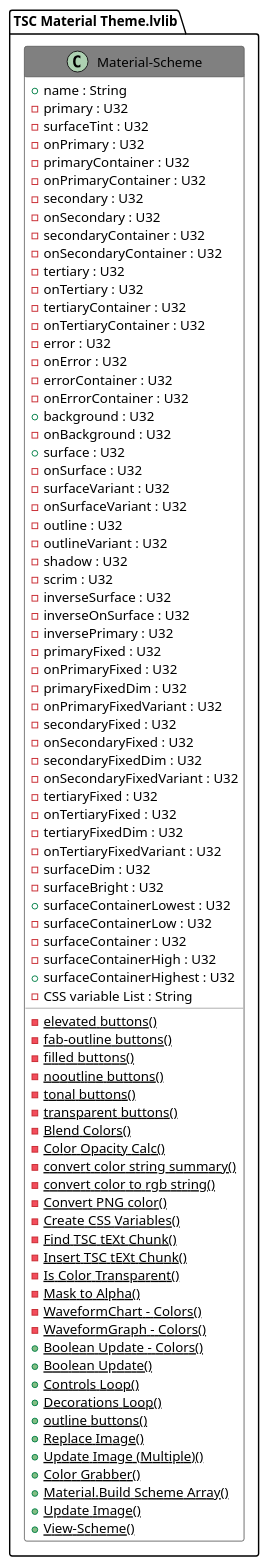
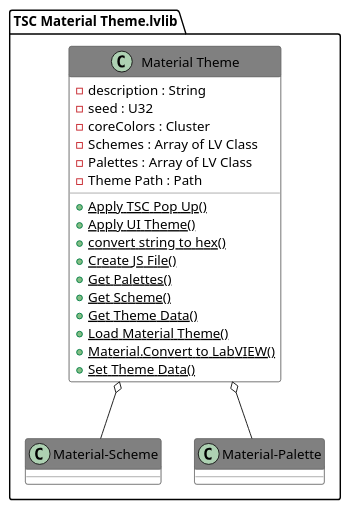
The diagram in _documentation/Includes/006.adoc (danielcoons/tsc-material-theme), drawn with PlantUML before and after one commit. The commit also changed other lines of this file and 90 other files, not shown here.

```diff
--- a/_documentation/Includes/006.adoc
+++ b/_documentation/Includes/006.adoc
@@ -17,90 +17,28 @@
 skinparam ClassHeaderBackgroundColor #808080
 
 skinparam top to bottom direction
-class "TSC Material Theme.lvlib:Material-Scheme" {
-{field} +name : String
-{field} -primary : U32
-{field} -surfaceTint : U32
-{field} -onPrimary : U32
-{field} -primaryContainer : U32
-{field} -onPrimaryContainer : U32
-{field} -secondary : U32
-{field} -onSecondary : U32
-{field} -secondaryContainer : U32
-{field} -onSecondaryContainer : U32
-{field} -tertiary : U32
-{field} -onTertiary : U32
-{field} -tertiaryContainer : U32
-{field} -onTertiaryContainer : U32
-{field} -error : U32
-{field} -onError : U32
-{field} -errorContainer : U32
-{field} -onErrorContainer : U32
-{field} +background : U32
-{field} -onBackground : U32
-{field} +surface : U32
-{field} -onSurface : U32
-{field} -surfaceVariant : U32
-{field} -onSurfaceVariant : U32
-{field} -outline : U32
-{field} -outlineVariant : U32
-{field} -shadow : U32
-{field} -scrim : U32
-{field} -inverseSurface : U32
-{field} -inverseOnSurface : U32
-{field} -inversePrimary : U32
-{field} -primaryFixed : U32
-{field} -onPrimaryFixed : U32
-{field} -primaryFixedDim : U32
-{field} -onPrimaryFixedVariant : U32
-{field} -secondaryFixed : U32
-{field} -onSecondaryFixed : U32
-{field} -secondaryFixedDim : U32
-{field} -onSecondaryFixedVariant : U32
-{field} -tertiaryFixed : U32
-{field} -onTertiaryFixed : U32
-{field} -tertiaryFixedDim : U32
-{field} -onTertiaryFixedVariant : U32
-{field} -surfaceDim : U32
-{field} -surfaceBright : U32
-{field} +surfaceContainerLowest : U32
-{field} -surfaceContainerLow : U32
-{field} -surfaceContainer : U32
-{field} -surfaceContainerHigh : U32
-{field} +surfaceContainerHighest : U32
-{field} -CSS variable List : String
-{static} {method} -elevated buttons()
-{static} {method} -fab-outline buttons()
-{static} {method} -filled buttons()
-{static} {method} -nooutline buttons()
-{static} {method} -tonal buttons()
-{static} {method} -transparent buttons()
-{static} {method} -Blend Colors()
-{static} {method} -Color Opacity Calc()
-{static} {method} -convert color string summary()
-{static} {method} -convert color to rgb string()
-{static} {method} -Convert PNG color()
-{static} {method} -Create CSS Variables()
-{static} {method} -Find TSC tEXt Chunk()
-{static} {method} -Insert TSC tEXt Chunk()
-{static} {method} -Is Color Transparent()
-{static} {method} -Mask to Alpha()
-{static} {method} -WaveformChart - Colors()
-{static} {method} -WaveformGraph - Colors()
-{static} {method} +Boolean Update - Colors()
-{static} {method} +Boolean Update()
-{static} {method} +Controls Loop()
-{static} {method} +Decorations Loop()
-{static} {method} +outline buttons()
-{static} {method} +Replace Image()
-{static} {method} +Update Image (Multiple)()
-{static} {method} +Color Grabber()
-{static} {method} +Material.Build Scheme Array()
-{static} {method} +Update Image()
-{static} {method} +View-Scheme()
+class "TSC Material Theme.lvlib:Material Theme" {
+{field} -description : String
+{field} -seed : U32
+{field} -coreColors : Cluster
+{field} -Schemes : Array of LV Class
+{field} -Palettes : Array of LV Class
+{field} -Theme Path : Path
+{static} {method} +Apply TSC Pop Up()
+{static} {method} +Apply UI Theme()
+{static} {method} +convert string to hex()
+{static} {method} +Create JS File()
+{static} {method} +Get Palettes()
+{static} {method} +Get Scheme()
+{static} {method} +Get Theme Data()
+{static} {method} +Load Material Theme()
+{static} {method} +Material.Convert to LabVIEW()
+{static} {method} +Set Theme Data()
 
 }
 
+"TSC Material Theme.lvlib:Material Theme" o-- "TSC Material Theme.lvlib:Material-Scheme"
+"TSC Material Theme.lvlib:Material Theme" o-- "TSC Material Theme.lvlib:Material-Palette"
 
 
 @enduml
```
